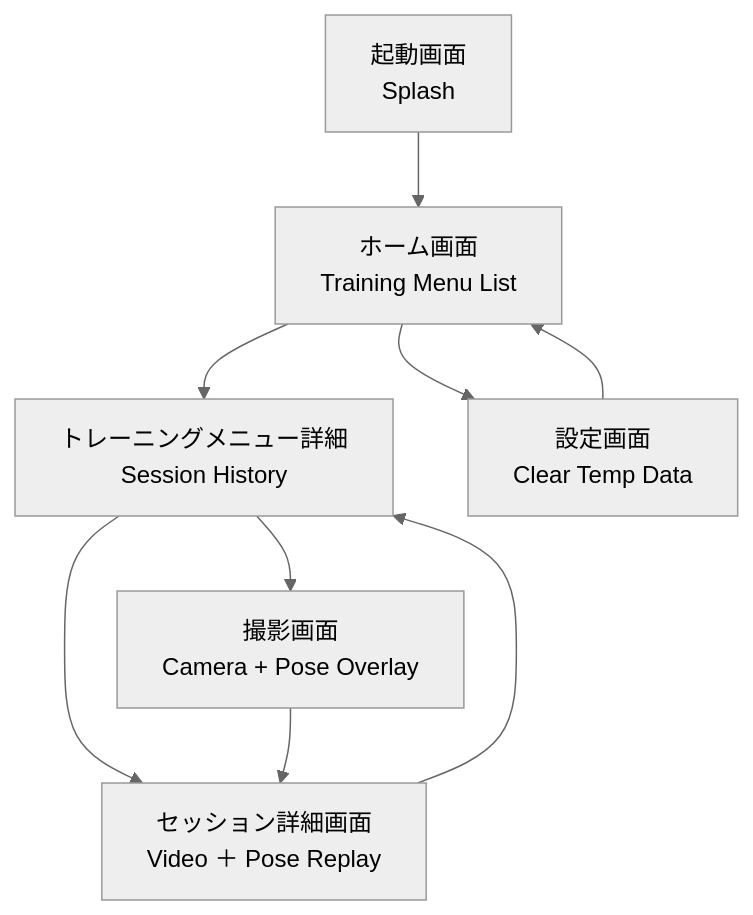
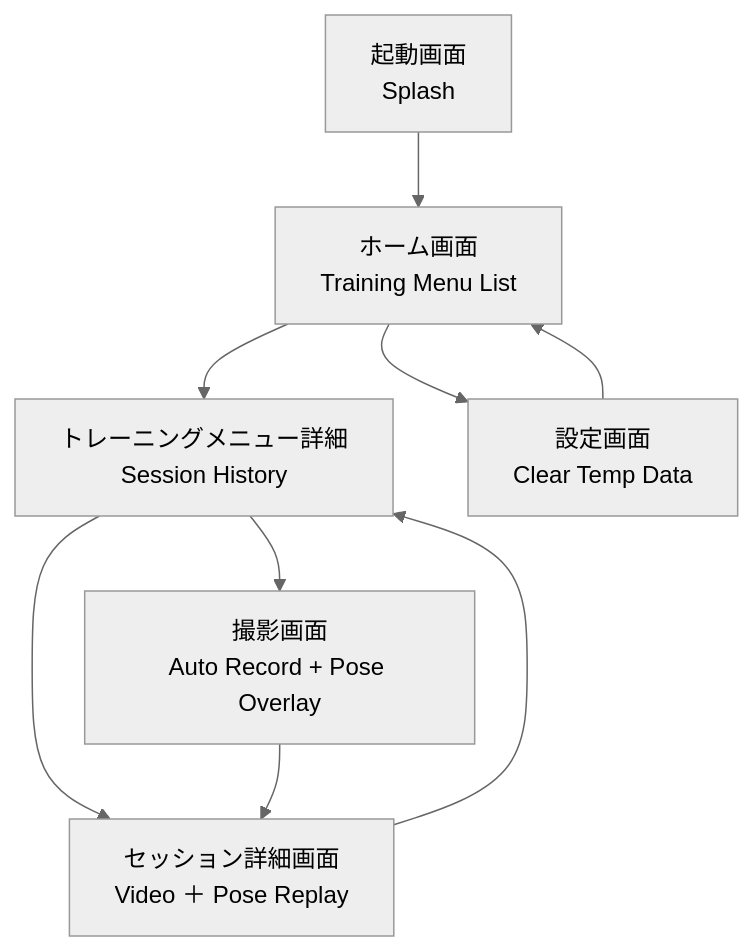
The diagram in docs/specs/002_画面遷移図.md (ztujing/PoseFinder-main_2), drawn with Mermaid (neutral theme) before and after one commit. The commit also changed 6 other files, not shown here.

Commit message:
chore: align pose recording impl with specs and logging

````diff
--- a/docs/specs/002_画面遷移図.md
+++ b/docs/specs/002_画面遷移図.md
@@ -3,20 +3,20 @@
 ```mermaid
 graph TD
   %% ノード定義
   Splash[起動画面<br/>Splash] 
   Home[ホーム画面<br/>Training Menu List]
   MenuDetail[トレーニングメニュー詳細<br/>Session History]
-  Recording[撮影画面<br/>Camera + Pose Overlay]
+  Recording[撮影画面<br/>Auto Record + Pose Overlay]
   SessionDetail[セッション詳細画面<br/>Video ＋ Pose Replay]
   Settings[設定画面<br/>Clear Temp Data]
 
   %% 画面遷移
   Splash --> Home
   Home --> MenuDetail
   Home --> Settings
   MenuDetail --> Recording
   MenuDetail --> SessionDetail
   Recording --> SessionDetail
   SessionDetail --> MenuDetail
   Settings --> Home
 ```
````
